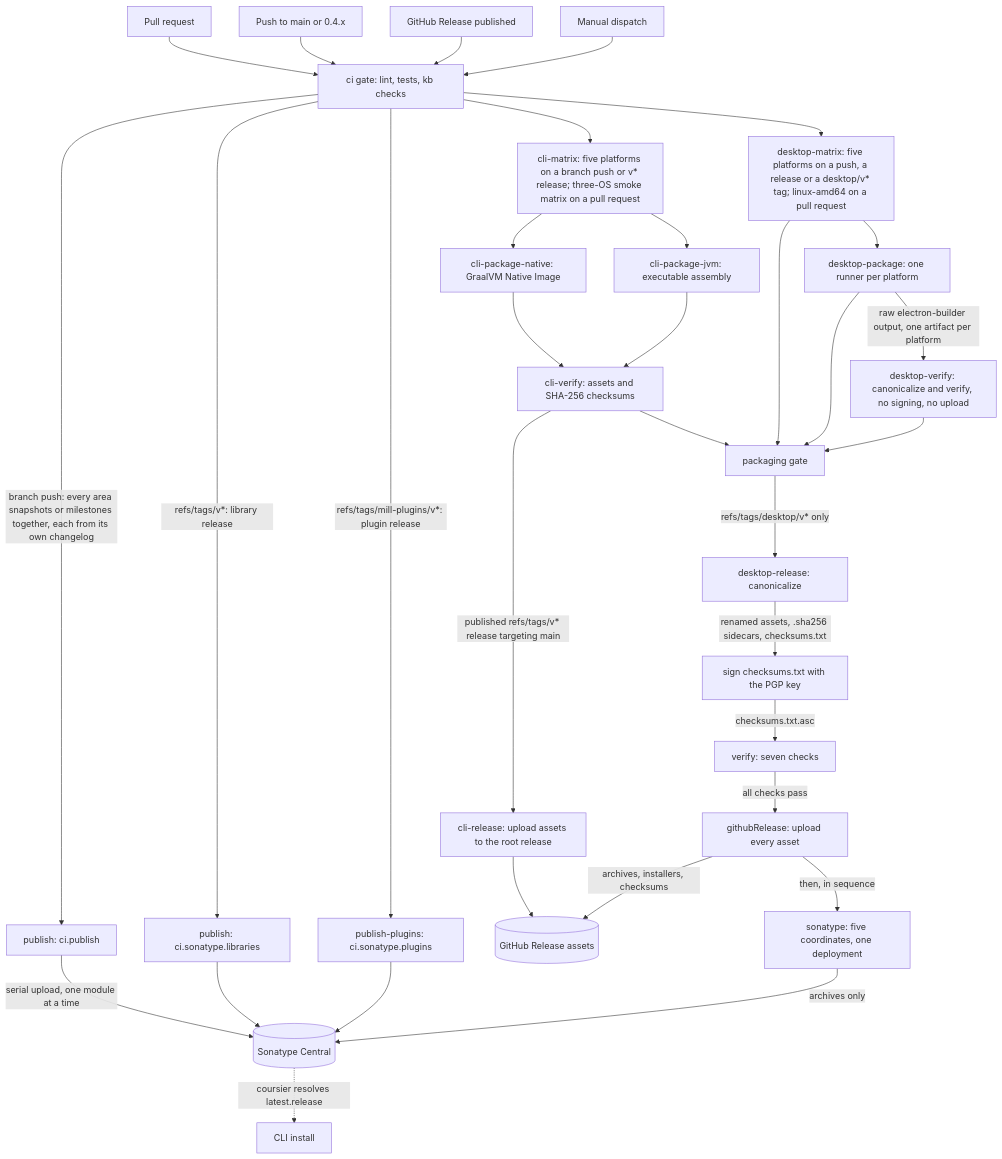
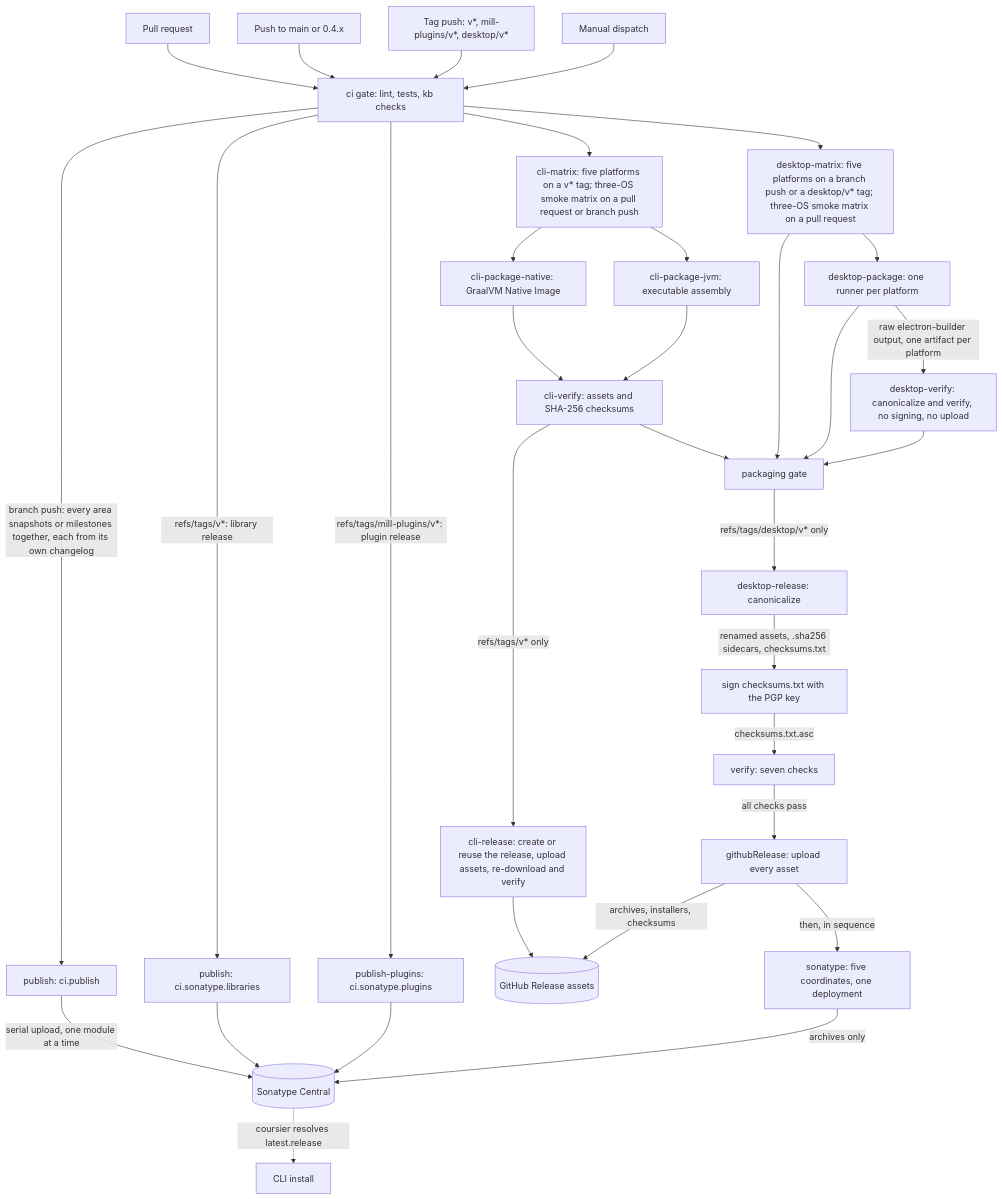
Before and after one commit to finos/morphir-scala: the diagram in kb/bundles/morphir/morphir-scala/packaging-and-release.md, drawn with Mermaid. The commit also changed other lines of this file and 6 other files, not shown here.

````diff
--- a/kb/bundles/morphir/morphir-scala/packaging-and-release.md
+++ b/kb/bundles/morphir/morphir-scala/packaging-and-release.md
@@ -35,40 +35,40 @@
 ```mermaid
 flowchart TD
     PR[Pull request] --> Gate[ci gate: lint, tests, kb checks]
     Push[Push to main or 0.4.x] --> Gate
-    Rel[GitHub Release published] --> Gate
+    TagPush[Tag push: v*, mill-plugins/v*, desktop/v*] --> Gate
     Dispatch[Manual dispatch] --> Gate
 
     Gate -->|branch push: every area snapshots or milestones together, each from its own changelog| PublishAll[publish: ci.publish]
     Gate -->|refs/tags/v*: library release| PublishLib[publish: ci.sonatype.libraries]
     Gate -->|refs/tags/mill-plugins/v*: plugin release| PublishPlugins[publish-plugins: ci.sonatype.plugins]
     PublishAll -->|serial upload, one module at a time| Sonatype[(Sonatype Central)]
     PublishLib --> Sonatype
     PublishPlugins --> Sonatype
 
-    Gate --> CliMatrix[cli-matrix: five platforms on a branch push or v* release; three-OS smoke matrix on a pull request]
+    Gate --> CliMatrix[cli-matrix: five platforms on a v* tag; three-OS smoke matrix on a pull request or branch push]
     CliMatrix --> CliNative[cli-package-native: GraalVM Native Image]
     CliMatrix --> CliJvm[cli-package-jvm: executable assembly]
     CliNative --> CliVerify[cli-verify: assets and SHA-256 checksums]
     CliJvm --> CliVerify
     CliVerify --> Packaging
-    CliVerify -->|published refs/tags/v* release targeting main| CliRelease[cli-release: upload assets to the root release]
+    CliVerify -->|refs/tags/v* only| CliRelease[cli-release: create or reuse the release, upload assets, re-download and verify]
     CliRelease --> GhAssets
 
-    Gate --> Matrix[desktop-matrix: five platforms on a push, a release or a desktop/v* tag; linux-amd64 on a pull request]
+    Gate --> Matrix[desktop-matrix: five platforms on a branch push or a desktop/v* tag; three-OS smoke matrix on a pull request]
     Matrix --> Package[desktop-package: one runner per platform]
     Package -->|raw electron-builder output, one artifact per platform| CiVerify[desktop-verify: canonicalize and verify, no signing, no upload]
     Matrix --> Packaging[packaging gate]
     Package --> Packaging
     CiVerify --> Packaging
 
     Packaging -->|refs/tags/desktop/v* only| Canon[desktop-release: canonicalize]
     Canon -->|renamed assets, .sha256 sidecars, checksums.txt| Sign[sign checksums.txt with the PGP key]
     Sign -->|checksums.txt.asc| Verify[verify: seven checks]
     Verify -->|all checks pass| GhRelease[githubRelease: upload every asset]
     GhRelease -->|then, in sequence| DesktopSonatype[sonatype: five coordinates, one deployment]
     GhRelease -->|archives, installers, checksums| GhAssets[(GitHub Release assets)]
     DesktopSonatype -->|archives only| Sonatype
 
     Sonatype -.->|coursier resolves latest.release| Cli[CLI install]
 ```
````
